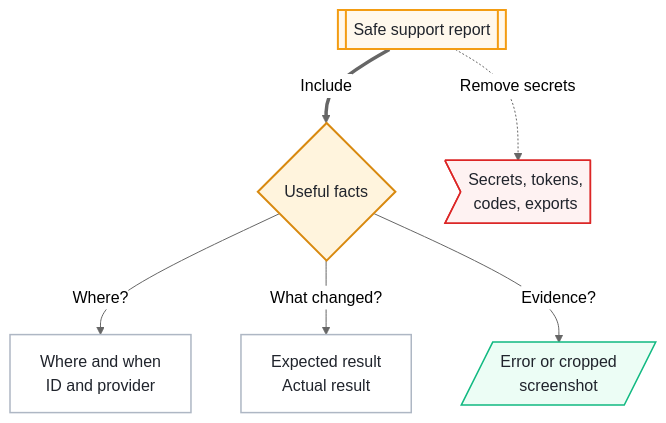
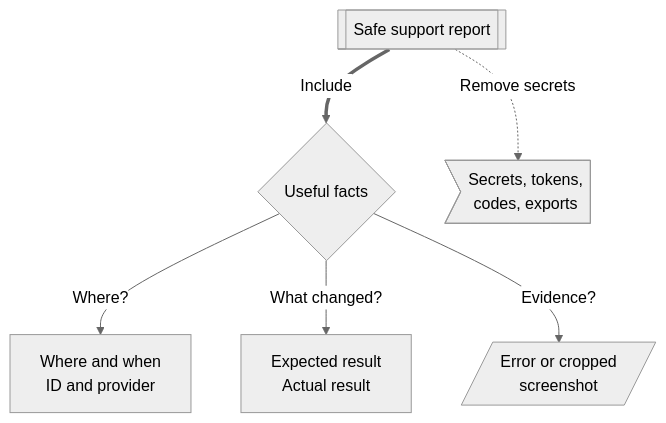
The diagram in docs/players/getting-help.md (ArkanisCorporation/CitizenId-docs), drawn with Mermaid (neutral theme) before and after one commit. The commit also changed 7 other files, not shown here.

Commit message:
refactor: centralise diagram styling

````diff
--- a/docs/players/getting-help.md
+++ b/docs/players/getting-help.md
@@ -17,26 +17,21 @@
 ```mermaid
 flowchart TD
   report[["Safe support report"]]
   useful{"Useful facts"}
   context["Where and when<br/>ID and provider"]
   outcome["Expected result<br/>Actual result"]
   safe[/Error or cropped<br/>screenshot/]
   private>Secrets, tokens,<br/>codes, exports]
 
   report ==>|Include| useful
   useful -->|"Where?"| context
   useful -->|"What changed?"| outcome
   useful -->|"Evidence?"| safe
   report -. "Remove secrets" .-> private
 
-  classDef service fill:#fff8ec,stroke:#F39C12,color:#20242c,stroke-width:2px;
-  classDef decision fill:#fff4dd,stroke:#d8890f,color:#20242c,stroke-width:2px;
-  classDef action fill:#ffffff,stroke:#aeb7c4,color:#20242c,stroke-width:1.5px;
-  classDef data fill:#ecfdf5,stroke:#10b981,color:#20242c,stroke-width:1.5px;
-  classDef blocked fill:#fef2f2,stroke:#dc2626,color:#20242c,stroke-width:1.5px;
   class report service;
   class useful decision;
   class context,outcome action;
   class safe data;
   class private blocked;
 ```
````
